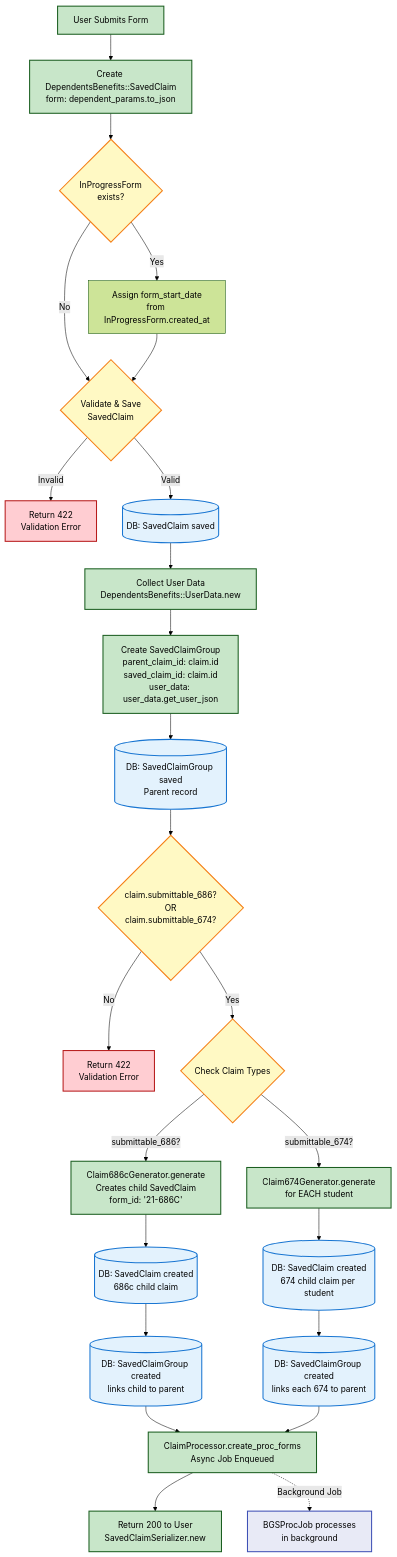
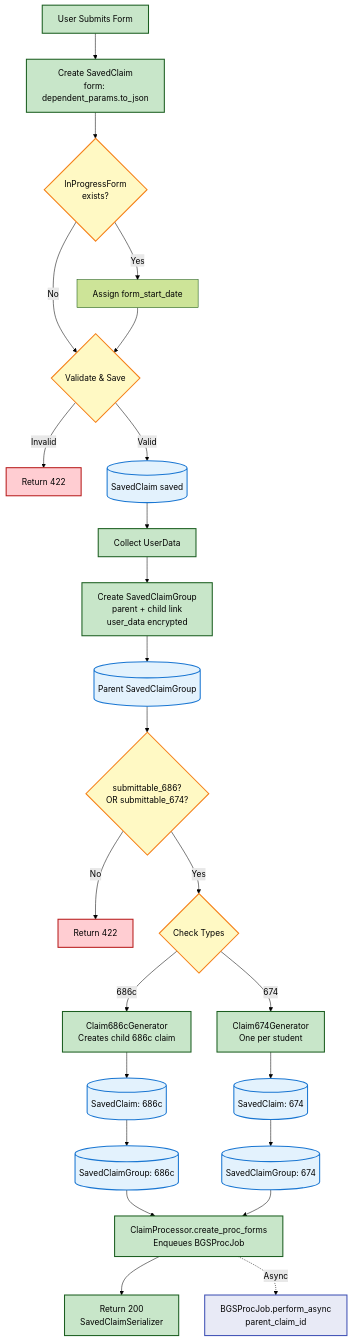
One commit to department-of-veterans-affairs/vets-api changed the diagram in modules/dependents_benefits/documentation/data_flow_diagrams/controller_flow.md. Above: the diagram before and after it, drawn with Mermaid (forest theme). The commit also changed other lines of this file and 7 other files, not shown here.

````diff
--- a/modules/dependents_benefits/documentation/data_flow_diagrams/controller_flow.md
+++ b/modules/dependents_benefits/documentation/data_flow_diagrams/controller_flow.md
@@ -7,52 +7,52 @@
 ```mermaid
 graph TD
-    Start[User Submits Form] --> CreateClaim[Create DependentsBenefits::SavedClaim<br/>form: dependent_params.to_json]
+    Start[User Submits Form] --> CreateClaim[Create SavedClaim<br/>form: dependent_params.to_json]
     
     CreateClaim --> CheckIPF{InProgressForm<br/>exists?}
-    CheckIPF -->|Yes| AssignDate[Assign form_start_date<br/>from InProgressForm.created_at]
+    CheckIPF -->|Yes| AssignDate[Assign form_start_date]
     CheckIPF -->|No| ValidateClaim
-    AssignDate --> ValidateClaim{Validate & Save<br/>SavedClaim}
+    AssignDate --> ValidateClaim{Validate & Save}
     
-    ValidateClaim -->|Invalid| Error[Return 422<br/>Validation Error]
-    ValidateClaim -->|Valid| DB1[(DB: SavedClaim saved)]
+    ValidateClaim -->|Invalid| Error[Return 422]
+    ValidateClaim -->|Valid| DB1[(SavedClaim saved)]
     
-    DB1 --> CollectUser[Collect User Data<br/>DependentsBenefits::UserData.new]
+    DB1 --> CollectUser[Collect UserData]
     
-    CollectUser --> CreateGroup[Create SavedClaimGroup<br/>parent_claim_id: claim.id<br/>saved_claim_id: claim.id<br/>user_data: user_data.get_user_json]
+    CollectUser --> CreateGroup[Create SavedClaimGroup<br/>parent + child link<br/>user_data encrypted]
     
-    CreateGroup --> DB2[(DB: SavedClaimGroup saved<br/>Parent record)]
+    CreateGroup --> DB2[(Parent SavedClaimGroup)]
     
-    DB2 --> ValidateType{claim.submittable_686?<br/>OR<br/>claim.submittable_674?}
+    DB2 --> ValidateType{submittable_686?<br/>OR submittable_674?}
     
-    ValidateType -->|No| ErrorType[Return 422<br/>Validation Error]
-    ValidateType -->|Yes| CheckType{Check Claim Types}
+    ValidateType -->|No| ErrorType[Return 422]
+    ValidateType -->|Yes| CheckType{Check Types}
     
-    CheckType -->|submittable_686?| Gen686[Claim686cGenerator.generate<br/>Creates child SavedClaim<br/>form_id: '21-686C']
-    CheckType -->|submittable_674?| Gen674[Claim674Generator.generate<br/>for EACH student]
+    CheckType -->|686c| Gen686[Claim686cGenerator<br/>Creates child 686c claim]
+    CheckType -->|674| Gen674[Claim674Generator<br/>One per student]
     
-    Gen686 --> DB3[(DB: SavedClaim created<br/>686c child claim)]
-    DB3 --> DB4[(DB: SavedClaimGroup created<br/>links child to parent)]
+    Gen686 --> DB3[(SavedClaim: 686c)]
+    DB3 --> DB4[(SavedClaimGroup: 686c)]
     
-    Gen674 --> DB5[(DB: SavedClaim created<br/>674 child claim per student)]
-    DB5 --> DB6[(DB: SavedClaimGroup created<br/>links each 674 to parent)]
+    Gen674 --> DB5[(SavedClaim: 674)]
+    DB5 --> DB6[(SavedClaimGroup: 674)]
     
-    DB4 --> Enqueue[ClaimProcessor.create_proc_forms<br/>Async Job Enqueued]
+    DB4 --> Enqueue[ClaimProcessor.create_proc_forms<br/>Enqueues BGSProcJob]
     DB6 --> Enqueue
     
-    Enqueue --> Return200[Return 200 to User<br/>SavedClaimSerializer.new]
+    Enqueue --> Return200[Return 200<br/>SavedClaimSerializer]
     
-    Enqueue -.Background Job.-> AsyncJob[BGSProcJob processes<br/>in background]
+    Enqueue -.Async.-> AsyncJob[BGSProcJob.perform_async<br/>parent_claim_id]
     
     %% Styling
     classDef process fill:#c8e6c9,stroke:#1b5e20,stroke-width:2px
     classDef database fill:#e3f2fd,stroke:#1976d2,stroke-width:2px
     classDef decision fill:#fff9c4,stroke:#f57f17,stroke-width:2px
     classDef error fill:#ffcdd2,stroke:#b71c1c,stroke-width:2px
     classDef trigger fill:#e8eaf6,stroke:#3f51b5,stroke-width:2px
     
     class Start,CreateClaim,CollectUser,CreateGroup,Gen686,Gen674,Enqueue,Return200 process
     class DB1,DB2,DB3,DB4,DB5,DB6 database
     class CheckIPF,ValidateClaim,ValidateType,CheckType decision
     class Error,ErrorType error
     class AsyncJob trigger
 ```
````
